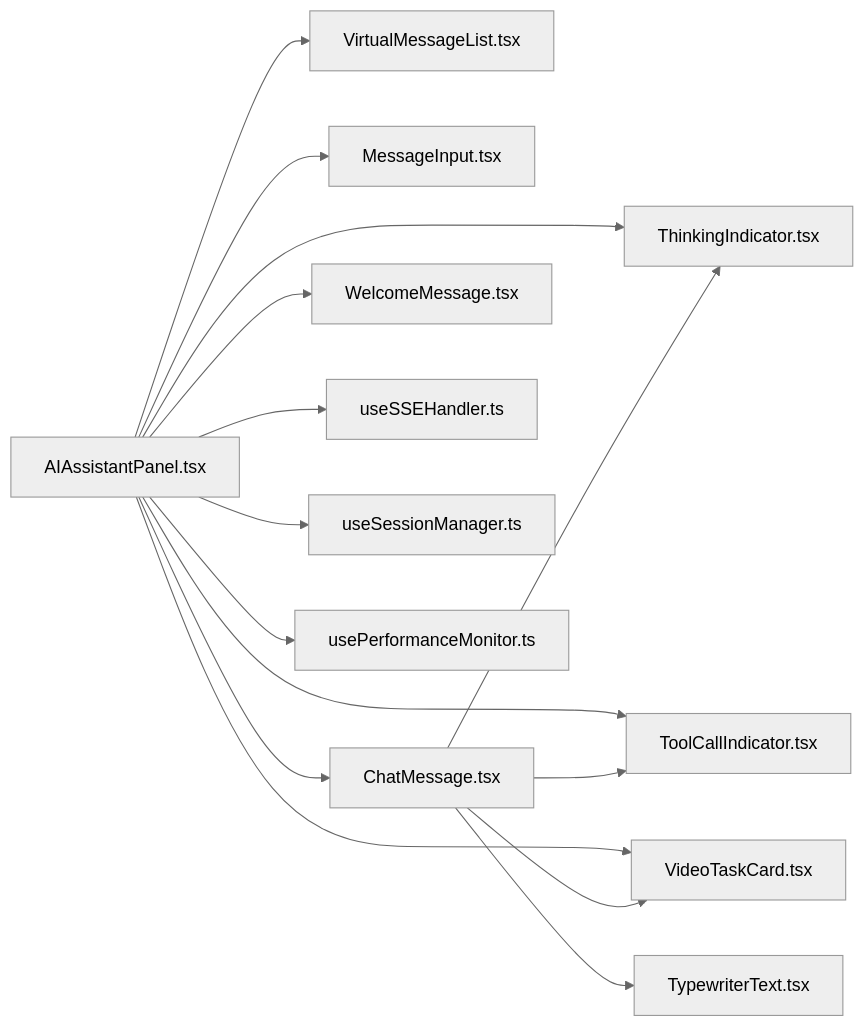
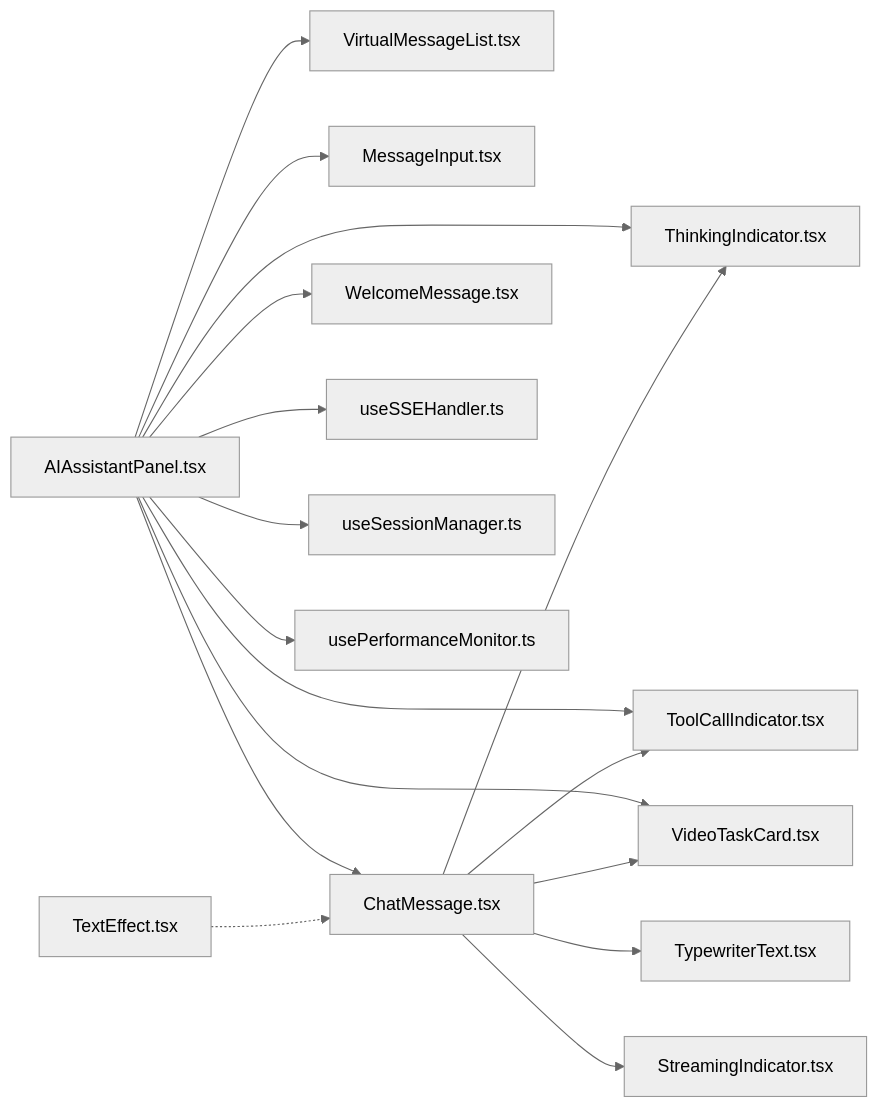
Before and after one commit to KunLabAI/KunFlix: the tenth of 10 diagrams in .qoder/repowiki/zh/content/前端组件系统/AI助手组件/AI助手组件.md, drawn with Mermaid (neutral theme). The commit also changed other lines of this file and 21 other files, not shown here.

````diff
--- a/.qoder/repowiki/zh/content/前端组件系统/AI助手组件/AI助手组件.md
+++ b/.qoder/repowiki/zh/content/前端组件系统/AI助手组件/AI助手组件.md
@@ -415,17 +455,19 @@
 ```mermaid
 graph LR
 AIP["AIAssistantPanel.tsx"] --> VML["VirtualMessageList.tsx"]
 AIP --> MI["MessageInput.tsx"]
 AIP --> CM["ChatMessage.tsx"]
 AIP --> WM["WelcomeMessage.tsx"]
 AIP --> VTC["VideoTaskCard.tsx"]
 AIP --> TI["ThinkingIndicator.tsx"]
 AIP --> TCI["ToolCallIndicator.tsx"]
 AIP --> SSE["useSSEHandler.ts"]
 AIP --> SM["useSessionManager.ts"]
 AIP --> PM["usePerformanceMonitor.ts"]
 CM --> TI
 CM --> TCI
 CM --> VTC
 CM --> TT["TypewriterText.tsx"]
+CM --> SI["StreamingIndicator.tsx"]
+TE["TextEffect.tsx"] -.-> CM
 ```
````
